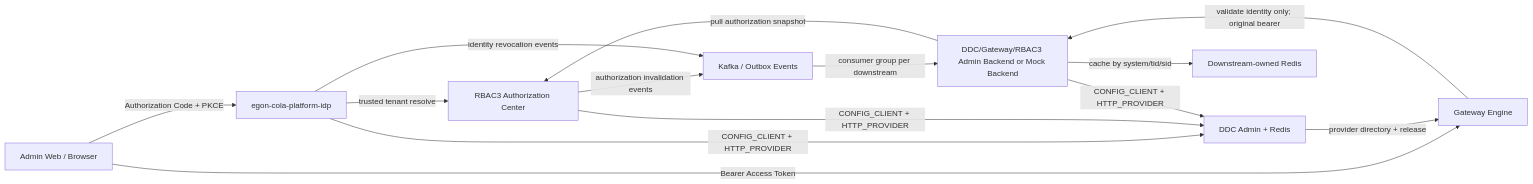
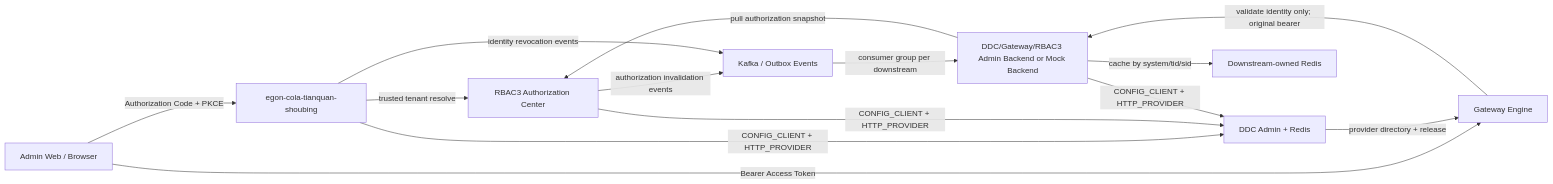
Before and after one commit to AllenDEricDAlexander/Egon-COLA: the first of 2 diagrams in docs/superpowers/specs/2026-08-01-unified-identity-platform-design.md, drawn with Mermaid. The commit also changed other lines of this file and 6818 other files, not shown here.

````diff
--- a/docs/superpowers/specs/2026-08-01-unified-identity-platform-design.md
+++ b/docs/superpowers/specs/2026-08-01-unified-identity-platform-design.md
@@ -136,25 +136,25 @@
 ```mermaid
 flowchart LR
     Browser["Admin Web / Browser"]
-    IdP["egon-cola-platform-idp"]
+    IdP["egon-cola-tianquan-shoubing"]
     Gateway["Gateway Engine"]
     DDC["DDC Admin + Redis"]
     RBAC3["RBAC3 Authorization Center"]
     Downstream["DDC/Gateway/RBAC3 Admin Backend or Mock Backend"]
     DownstreamRedis["Downstream-owned Redis"]
     Kafka["Kafka / Outbox Events"]
 
     Browser -->|"Authorization Code + PKCE"| IdP
     Browser -->|"Bearer Access Token"| Gateway
     Gateway -->|"validate identity only; original bearer"| Downstream
     IdP -->|"trusted tenant resolve"| RBAC3
     Downstream -->|"pull authorization snapshot"| RBAC3
     Downstream -->|"cache by system/tid/sid"| DownstreamRedis
     RBAC3 -->|"authorization invalidation events"| Kafka
     Kafka -->|"consumer group per downstream"| Downstream
     IdP -->|"identity revocation events"| Kafka
     IdP -->|"CONFIG_CLIENT + HTTP_PROVIDER"| DDC
     RBAC3 -->|"CONFIG_CLIENT + HTTP_PROVIDER"| DDC
     Downstream -->|"CONFIG_CLIENT + HTTP_PROVIDER"| DDC
     DDC -->|"provider directory + release"| Gateway
 ```
````
